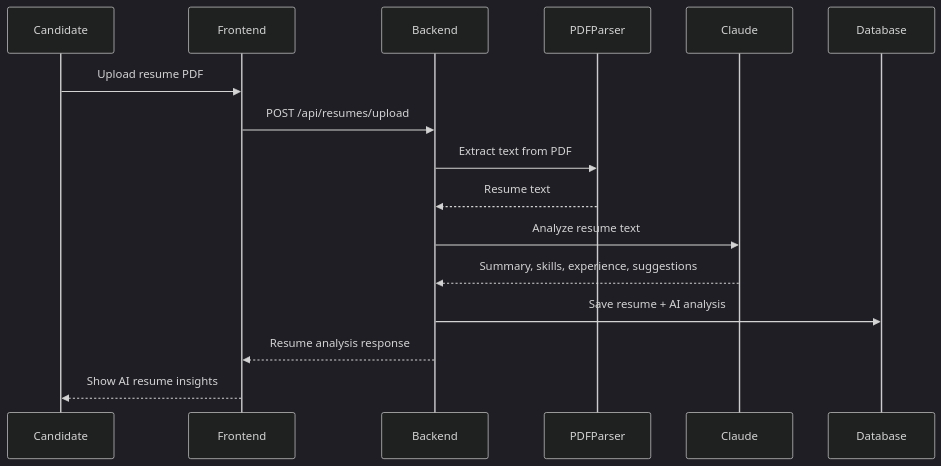
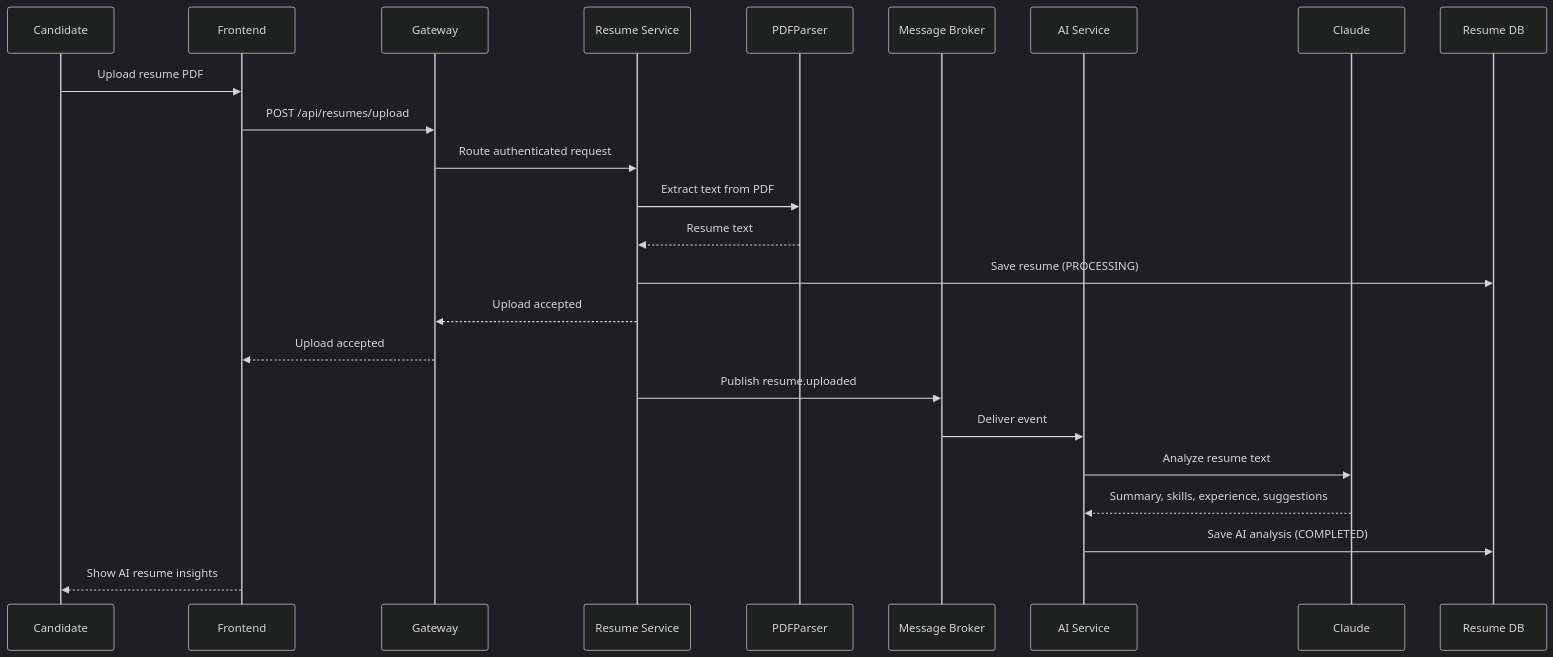
The fifth of 7 diagrams in docs/project-design.md (jayanttomar/SmartHire-AI-Backend), drawn with Mermaid (dark theme) before and after one commit. The commit also changed other lines of this file and 11 other files, not shown here.

````diff
--- a/docs/project-design.md
+++ b/docs/project-design.md
@@ -175,19 +194,27 @@
 ```mermaid
 sequenceDiagram
     participant Candidate
     participant Frontend
-    participant Backend
+    participant Gateway
+    participant ResumeService as Resume Service
     participant PDFParser
+    participant Broker as Message Broker
+    participant AIService as AI Service
     participant Claude
-    participant Database
+    participant ResumeDB as Resume DB
 
     Candidate->>Frontend: Upload resume PDF
-    Frontend->>Backend: POST /api/resumes/upload
-    Backend->>PDFParser: Extract text from PDF
-    PDFParser-->>Backend: Resume text
-    Backend->>Claude: Analyze resume text
-    Claude-->>Backend: Summary, skills, experience, suggestions
-    Backend->>Database: Save resume + AI analysis
-    Backend-->>Frontend: Resume analysis response
+    Frontend->>Gateway: POST /api/resumes/upload
+    Gateway->>ResumeService: Route authenticated request
+    ResumeService->>PDFParser: Extract text from PDF
+    PDFParser-->>ResumeService: Resume text
+    ResumeService->>ResumeDB: Save resume (PROCESSING)
+    ResumeService-->>Gateway: Upload accepted
+    Gateway-->>Frontend: Upload accepted
+    ResumeService->>Broker: Publish resume.uploaded
+    Broker->>AIService: Deliver event
+    AIService->>Claude: Analyze resume text
+    Claude-->>AIService: Summary, skills, experience, suggestions
+    AIService->>ResumeDB: Save AI analysis (COMPLETED)
     Frontend-->>Candidate: Show AI resume insights
 ```
````
